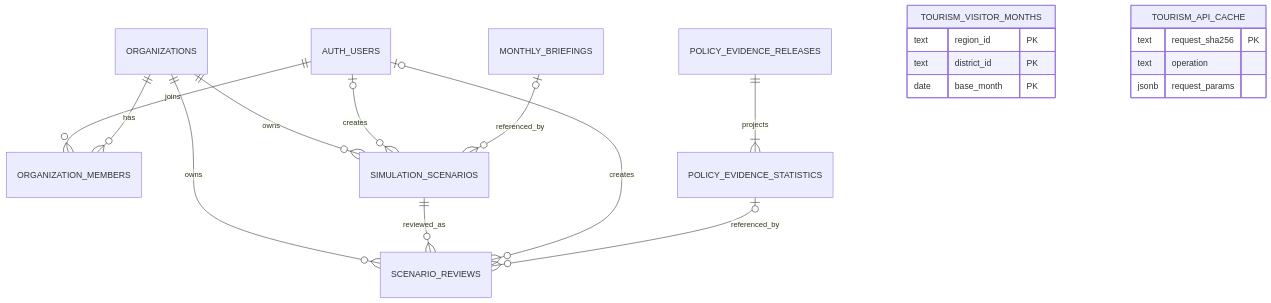
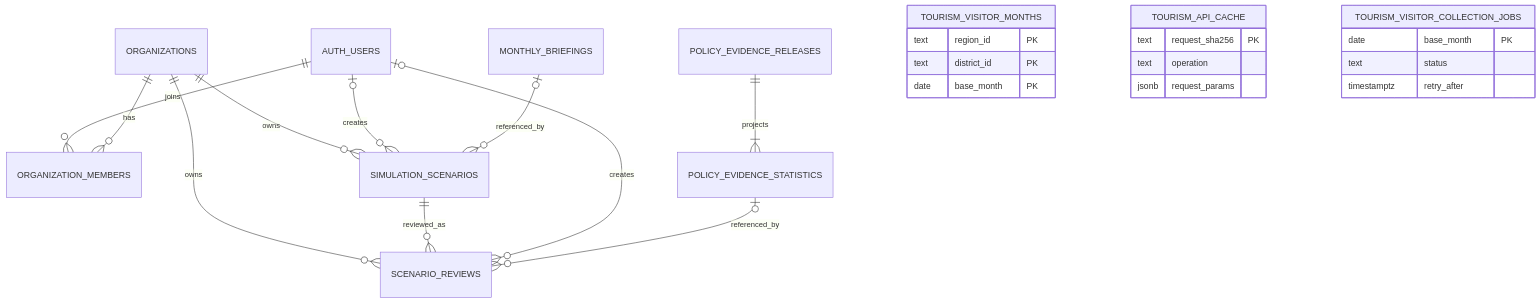
The diagram in docs/supabase-database-design.md (tnwjd508/Travel-project), drawn with Mermaid before and after one commit. The commit also changed other lines of this file and 31 other files, not shown here.

````diff
--- a/docs/supabase-database-design.md
+++ b/docs/supabase-database-design.md
@@ -39,23 +39,28 @@
 ```mermaid
 erDiagram
     AUTH_USERS ||--o{ ORGANIZATION_MEMBERS : joins
     ORGANIZATIONS ||--o{ ORGANIZATION_MEMBERS : has
     ORGANIZATIONS ||--o{ SIMULATION_SCENARIOS : owns
     AUTH_USERS o|--o{ SIMULATION_SCENARIOS : creates
     MONTHLY_BRIEFINGS o|--o{ SIMULATION_SCENARIOS : referenced_by
     ORGANIZATIONS ||--o{ SCENARIO_REVIEWS : owns
     SIMULATION_SCENARIOS ||--o{ SCENARIO_REVIEWS : reviewed_as
     AUTH_USERS o|--o{ SCENARIO_REVIEWS : creates
     POLICY_EVIDENCE_RELEASES ||--|{ POLICY_EVIDENCE_STATISTICS : projects
     POLICY_EVIDENCE_STATISTICS o|--o{ SCENARIO_REVIEWS : referenced_by
     TOURISM_VISITOR_MONTHS {
         text region_id PK
         text district_id PK
         date base_month PK
     }
     TOURISM_API_CACHE {
         text request_sha256 PK
         text operation
         jsonb request_params
     }
+    TOURISM_VISITOR_COLLECTION_JOBS {
+        date base_month PK
+        text status
+        timestamptz retry_after
+    }
 ```
````
